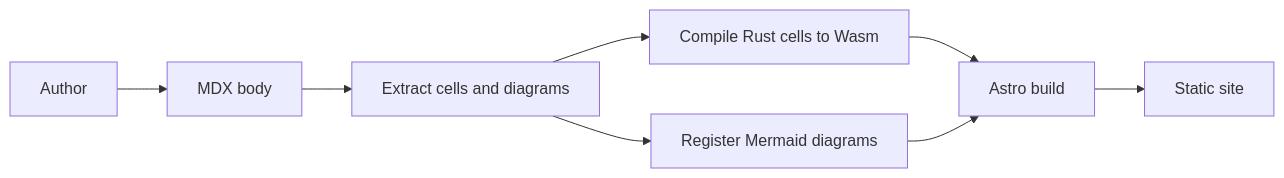
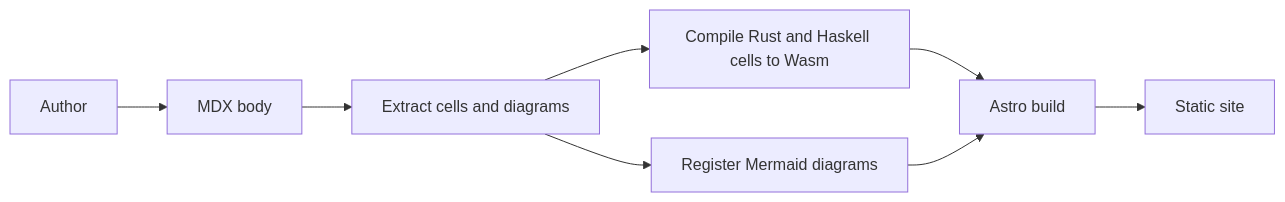
Before and after one commit to kakune/oxiquill: the first of 3 diagrams in examples/docs-site/content/docs/features/diagrams.mdx, drawn with Mermaid. The commit also changed 20 other files, not shown here.

Commit message:
Document Haskell interactive cells

````diff
--- a/examples/docs-site/content/docs/features/diagrams.mdx
+++ b/examples/docs-site/content/docs/features/diagrams.mdx
@@ -12,10 +12,10 @@
 ```mermaid
 flowchart LR
   Author[Author] --> MDX[MDX body]
   MDX --> Extract[Extract cells and diagrams]
-  Extract --> Wasm[Compile Rust cells to Wasm]
+  Extract --> Wasm[Compile Rust and Haskell cells to Wasm]
   Extract --> Mermaid[Register Mermaid diagrams]
   Wasm --> Build[Astro build]
   Mermaid --> Build
   Build --> Site[Static site]
 ```
````
